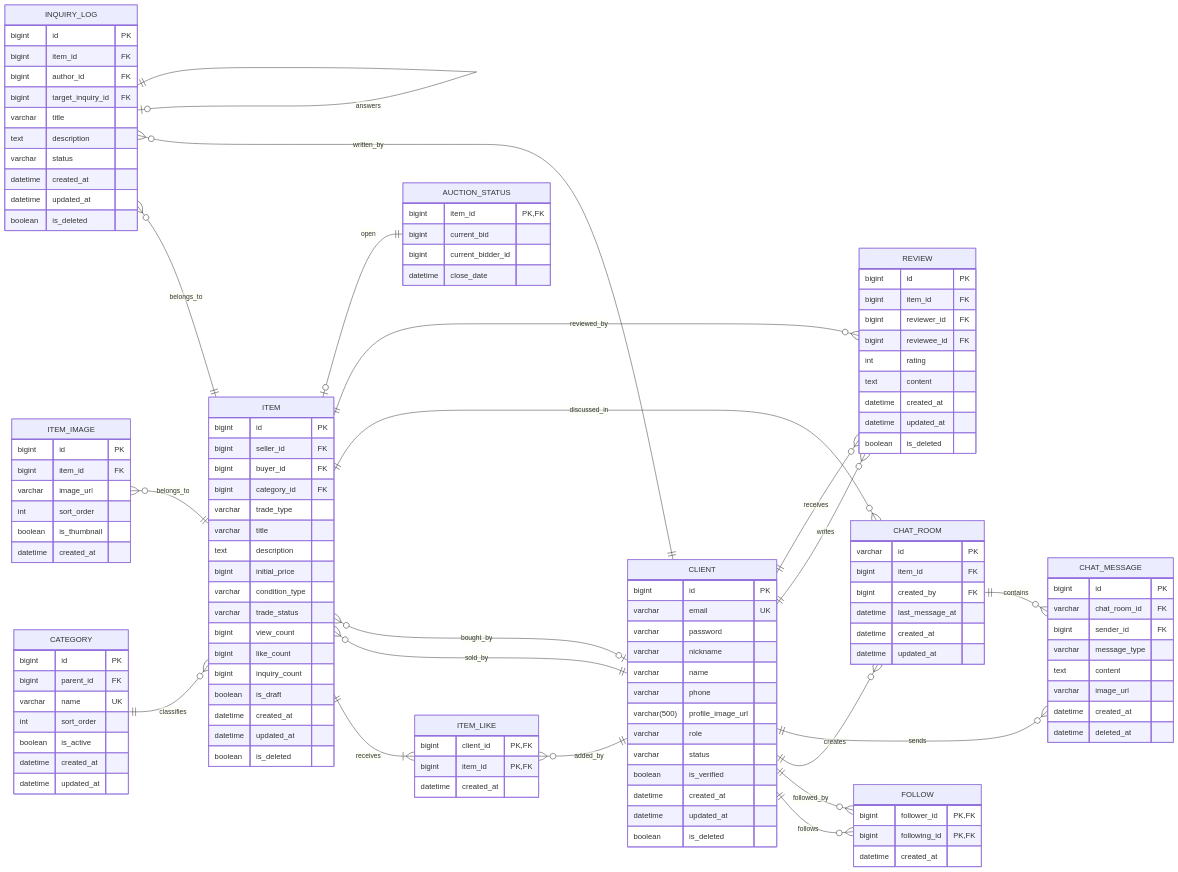
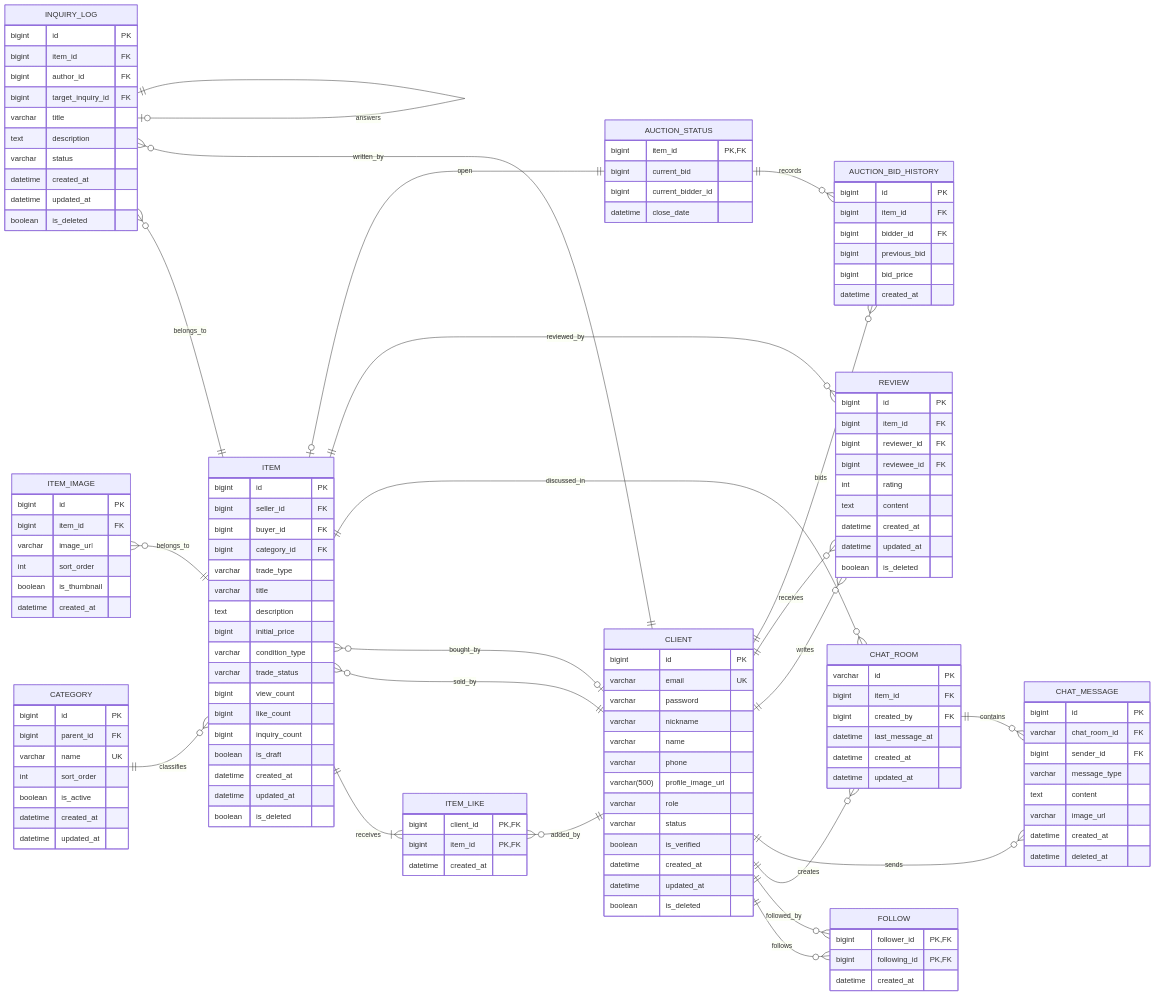
Before and after one commit to pcb2002/Cabbage-Market-10: the diagram in docs/ERD.md, drawn with Mermaid. The commit also changed other lines of this file and 1 other file, not shown here.

Commit message:
docs: update item and auction contracts

````diff
--- a/docs/ERD.md
+++ b/docs/ERD.md
@@ -28,6 +28,8 @@
     item ||--o{ review : reviewed_by
 
     item |o--|| auctionStatus : open
+    auctionStatus ||--o{ auctionBidHistory : records
+    client ||--o{ auctionBidHistory : bids
     inquiry |o--|| inquiry : answers
 
     client["CLIENT"] {
@@ -148,4 +150,13 @@
         bigint current_bidder_id
         datetime close_date
     }
+
+    auctionBidHistory["AUCTION_BID_HISTORY"] {
+        bigint id PK
+        bigint item_id FK
+        bigint bidder_id FK
+        bigint previous_bid
+        bigint bid_price
+        datetime created_at
+    }
 ```
````
